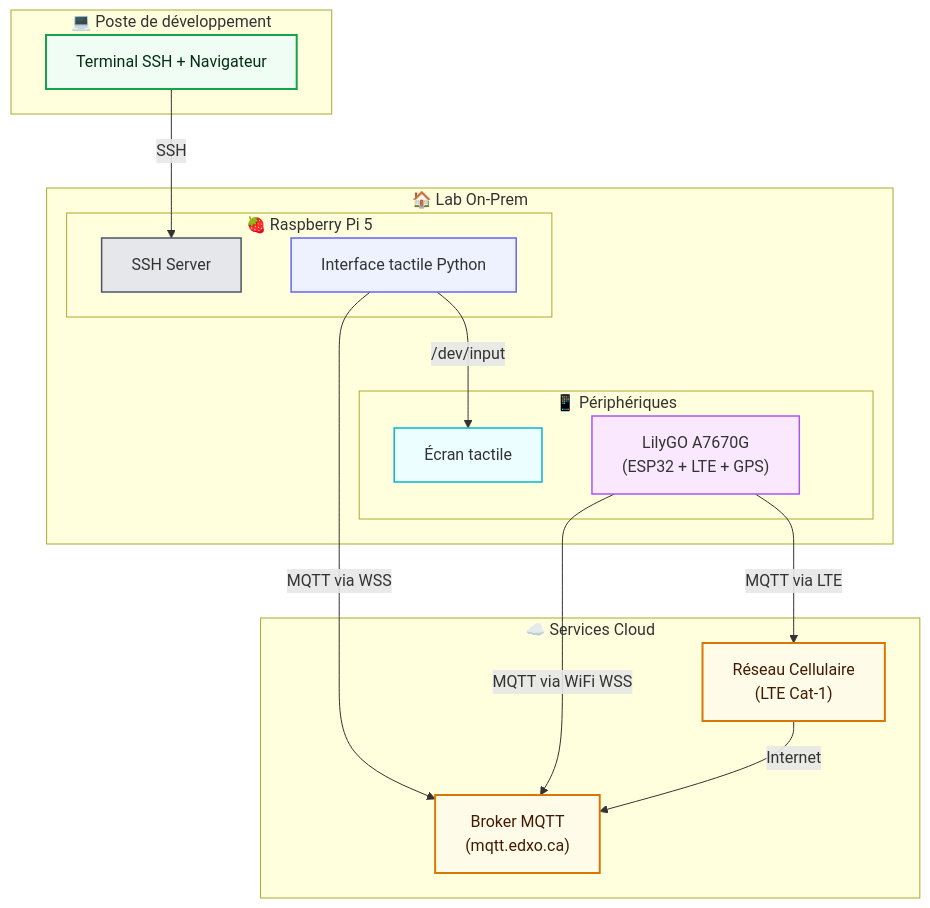
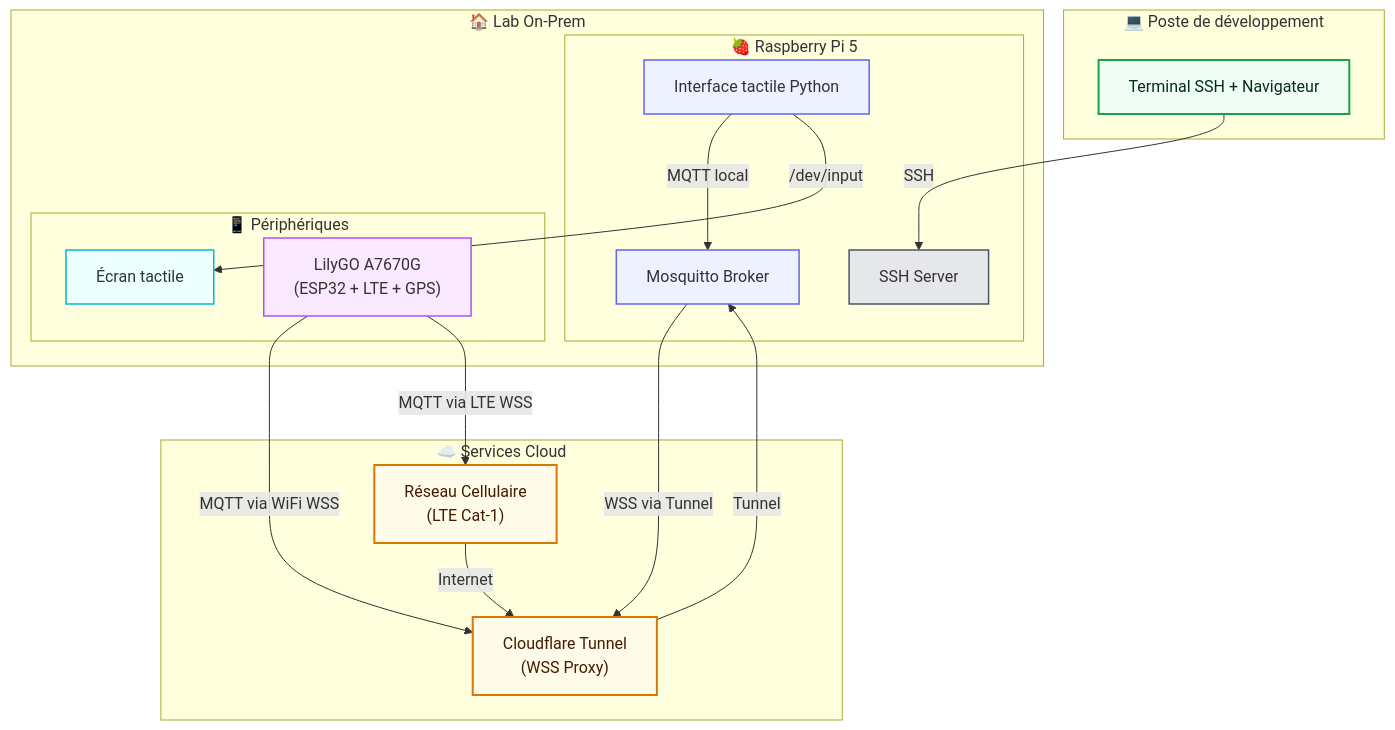
One commit to fpoisson2/243-4J5-LI changed the diagram in labo2/Labo2-communication-sans-fil-MQTT-LTE.md. Above: the diagram before and after it, drawn with Mermaid. The commit also changed other lines of this file and 1 other file, not shown here.

````diff
--- a/labo2/Labo2-communication-sans-fil-MQTT-LTE.md
+++ b/labo2/Labo2-communication-sans-fil-MQTT-LTE.md
@@ -10,50 +10,53 @@
 ```mermaid
 graph TD
     %% ==== STYLES ====
     classDef zoneClient fill:#f0fdf4,stroke:#16a34a,stroke-width:2px,color:#052e16;
     classDef zoneAccess fill:#eff6ff,stroke:#2563eb,stroke-width:2px,color:#0f172a;
     classDef zoneLab fill:#f9fafb,stroke:#4b5563,stroke-width:2px,color:#020617;
     classDef zoneCloud fill:#fefce8,stroke:#d97706,stroke-width:2px,color:#451a03;
     classDef componentCore fill:#e5e7eb,stroke:#4b5563,stroke-width:1.5px;
     classDef componentService fill:#eef2ff,stroke:#6366f1,stroke-width:1.5px;
     classDef componentDevice fill:#ecfeff,stroke:#06b6d4,stroke-width:1.5px;
     classDef wireless fill:#fae8ff,stroke:#a855f7,stroke-width:1.5px;
 
     %% ==== ZONE CLIENT ====
     subgraph Zone_Client ["💻 Poste de développement"]
         Dev_PC["Terminal SSH + Navigateur"]:::zoneClient
     end
 
     %% ==== ZONE LAB / ON-PREM ====
     subgraph Zone_Lab ["🏠 Lab On-Prem"]
         subgraph RPi5_Core ["🍓 Raspberry Pi 5"]
             SSHD["SSH Server"]:::componentCore
+            MQTT_Local["Mosquitto Broker"]:::componentService
             Python_UI["Interface tactile Python"]:::componentService
         end
 
         subgraph Lab_Devices ["📱 Périphériques"]
             Touchscreen["Écran tactile"]:::componentDevice
             LilyGO_A7670G["LilyGO A7670G<br/>(ESP32 + LTE + GPS)"]:::wireless
         end
     end
 
     %% ==== ZONE CLOUD / SAAS ====
     subgraph Zone_Cloud ["☁️ Services Cloud"]
-        MQTT_Broker["Broker MQTT<br/>(mqtt.edxo.ca)"]:::zoneCloud
+        Cloudflare["Cloudflare Tunnel<br/>(WSS Proxy)"]:::zoneCloud
         Cellular_Network["Réseau Cellulaire<br/>(LTE Cat-1)"]:::zoneCloud
     end
 
     %% ==== FLUX PRINCIPAUX ====
 
     %% 1. ACCÈS DISTANT
     Dev_PC -->|"SSH"| SSHD
 
-    %% 2. COMMUNICATION MQTT
-    Python_UI -->|"MQTT via WSS"| MQTT_Broker
-    LilyGO_A7670G -->|"MQTT via WiFi WSS"| MQTT_Broker
-    LilyGO_A7670G -->|"MQTT via LTE"| Cellular_Network
-    Cellular_Network -->|"Internet"| MQTT_Broker
+    %% 2. COMMUNICATION MQTT via Cloudflare
+    Python_UI -->|"MQTT local"| MQTT_Local
+    MQTT_Local -->|"WSS via Tunnel"| Cloudflare
+    LilyGO_A7670G -->|"MQTT via WiFi WSS"| Cloudflare
+    LilyGO_A7670G -->|"MQTT via LTE WSS"| Cellular_Network
+    Cellular_Network -->|"Internet"| Cloudflare
+    Cloudflare -->|"Tunnel"| MQTT_Local
 
     %% 3. INTERACTIONS TACTILES
     Python_UI -->|"/dev/input"| Touchscreen
 ```
````
